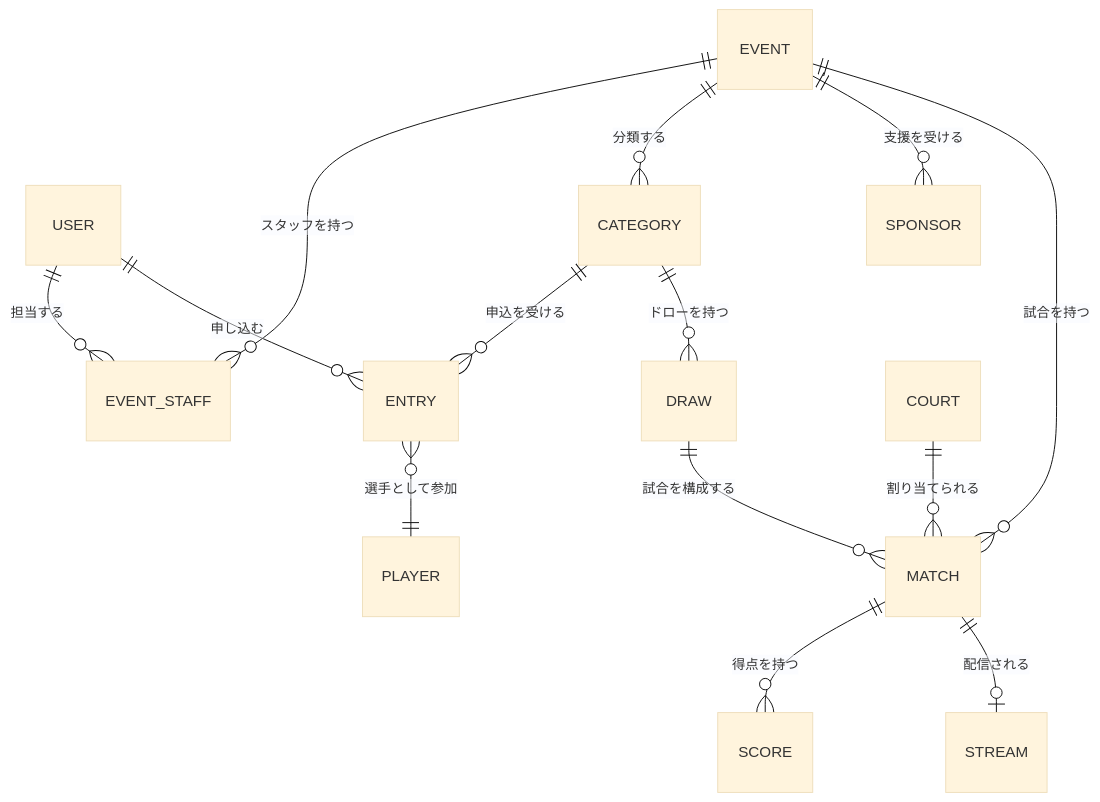
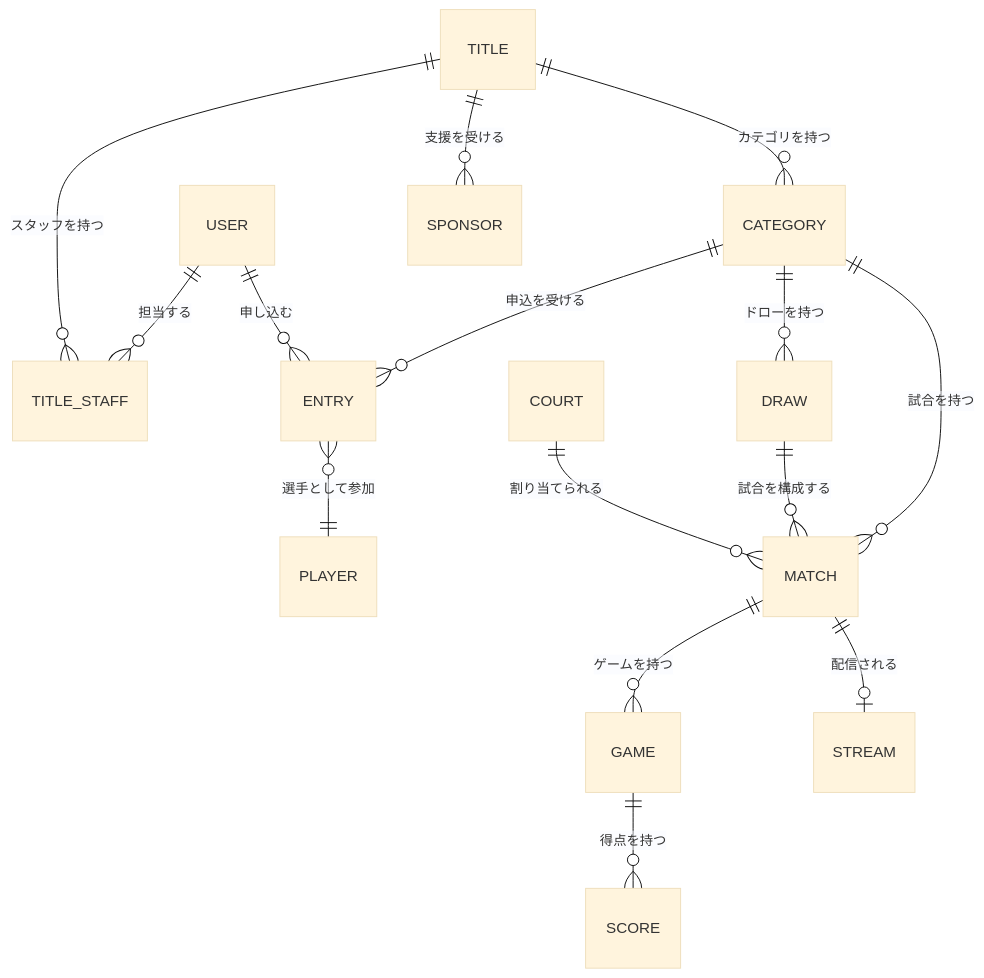
One commit to Miraisosha/S-NICK-Platform changed the third of 3 diagrams in docs/03_service-domain-plan.md. Above: the diagram before and after it, drawn with Mermaid (base theme). The commit also changed other lines of this file and 5 other files, not shown here.

Commit message:
Define title category match hierarchy

````diff
--- a/docs/03_service-domain-plan.md
+++ b/docs/03_service-domain-plan.md
@@ -148,16 +210,17 @@
 ```mermaid
 erDiagram
-    USER ||--o{ EVENT_STAFF : "担当する"
-    EVENT ||--o{ EVENT_STAFF : "スタッフを持つ"
-    EVENT ||--o{ CATEGORY : "分類する"
-    EVENT ||--o{ SPONSOR : "支援を受ける"
-    EVENT ||--o{ MATCH : "試合を持つ"
+    USER ||--o{ TITLE_STAFF : "担当する"
+    TITLE ||--o{ TITLE_STAFF : "スタッフを持つ"
+    TITLE ||--o{ CATEGORY : "カテゴリを持つ"
+    TITLE ||--o{ SPONSOR : "支援を受ける"
     CATEGORY ||--o{ ENTRY : "申込を受ける"
     USER ||--o{ ENTRY : "申し込む"
     ENTRY }o--|| PLAYER : "選手として参加"
     CATEGORY ||--o{ DRAW : "ドローを持つ"
+    CATEGORY ||--o{ MATCH : "試合を持つ"
     DRAW ||--o{ MATCH : "試合を構成する"
     COURT ||--o{ MATCH : "割り当てられる"
-    MATCH ||--o{ SCORE : "得点を持つ"
+    MATCH ||--o{ GAME : "ゲームを持つ"
+    GAME ||--o{ SCORE : "得点を持つ"
     MATCH ||--o| STREAM : "配信される"
 ```
````
